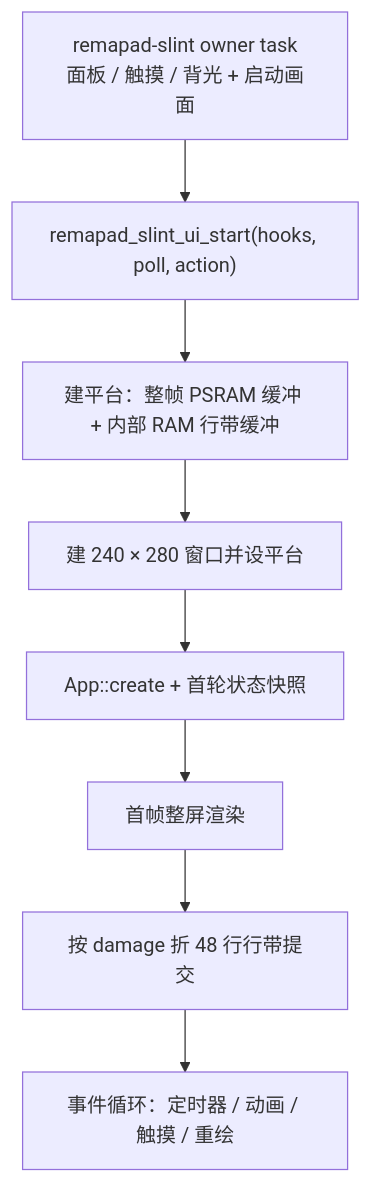
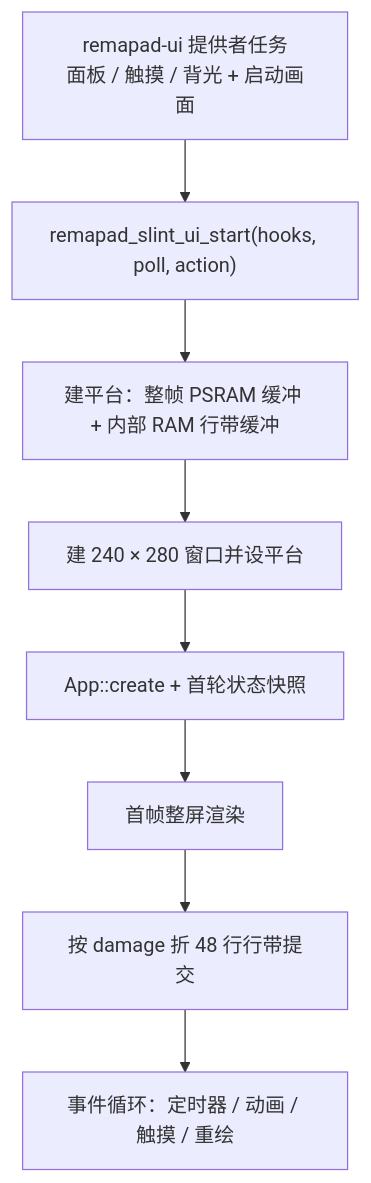
One commit to slime7/remapad changed the ninth of 9 diagrams in docs/ABSTRACTIONS.md. Above: the diagram before and after it, drawn with Mermaid. The commit also changed other lines of this file and 71 other files, not shown here.

````diff
--- a/docs/ABSTRACTIONS.md
+++ b/docs/ABSTRACTIONS.md
@@ -504,19 +507,19 @@
 ```mermaid
 flowchart TB
-    Task["remapad-slint owner task<br/>面板 / 触摸 / 背光 + 启动画面"]
+    Task["remapad-ui 提供者任务<br/>面板 / 触摸 / 背光 + 启动画面"]
     Start["remapad_slint_ui_start(hooks, poll, action)"]
     Platform["建平台：整帧 PSRAM 缓冲 + 内部 RAM 行带缓冲"]
     Window["建 240 × 280 窗口并设平台"]
     App["App::create + 首轮状态快照"]
     Render["首帧整屏渲染"]
     Submit["按 damage 折 48 行行带提交"]
     Loop["事件循环：定时器 / 动画 / 触摸 / 重绘"]
 
     Task --> Start
     Start --> Platform
     Platform --> Window
     Window --> App
     App --> Render
     Render --> Submit
     Submit --> Loop
 ```
````
